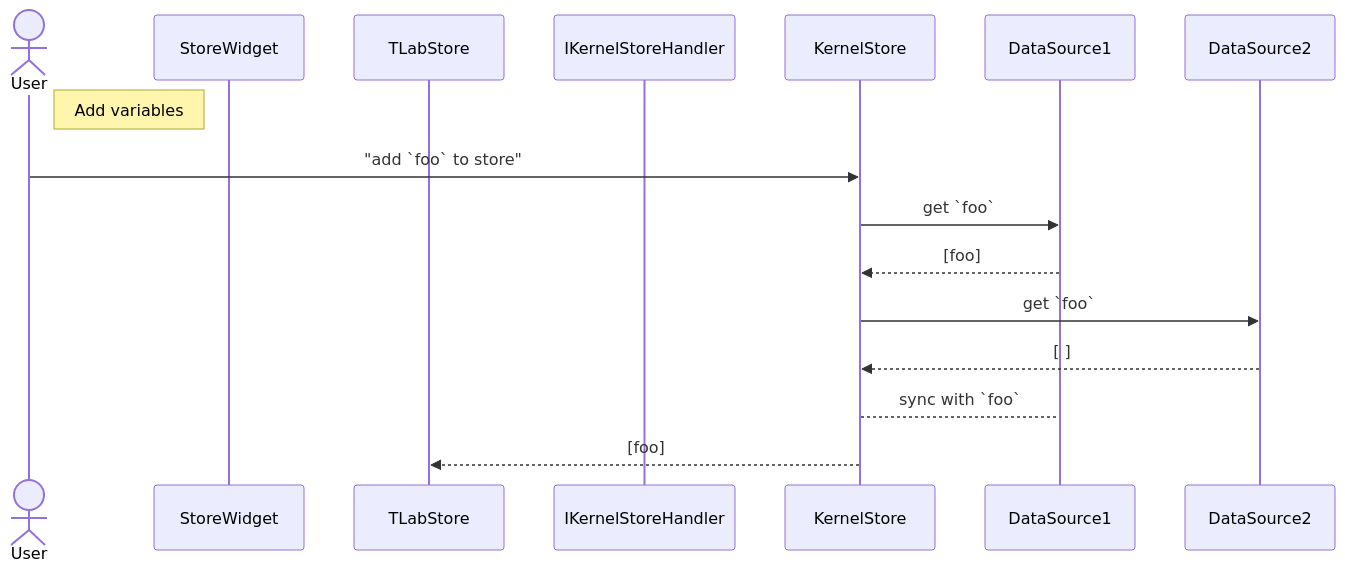
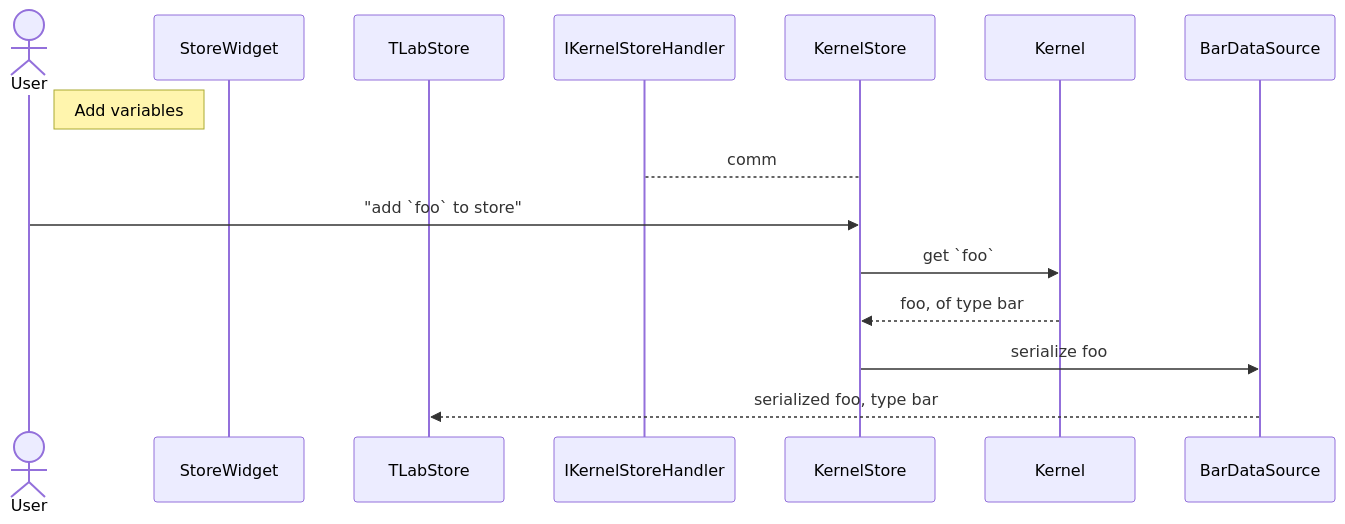
One commit to twiinIT/tlab changed the fifth of 7 diagrams in docs/architecture.md. Above: the diagram before and after it, drawn with Mermaid. The commit also changed other lines of this file, not shown here.

````diff
--- a/docs/architecture.md
+++ b/docs/architecture.md
@@ -122,18 +125,17 @@
 ```mermaid
 sequenceDiagram
     actor User
     participant StoreWidget
     participant TLabStore
     participant IKernelStoreHandler
     participant KernelStore
-    participant DataSource1
-    participant DataSource2
+    participant Kernel
+    participant BarDataSource
     note right of User : Add variables
+    IKernelStoreHandler --> KernelStore : comm
     User ->> KernelStore : "add `foo` to store"
-    KernelStore ->> DataSource1 : get `foo`
-    DataSource1 -->> KernelStore : [foo]
-    KernelStore ->> DataSource2 : get `foo`
-    DataSource2 -->> KernelStore : [ ]
-    KernelStore --> DataSource1 : sync with `foo`
-    KernelStore -->> TLabStore : [foo]
+    KernelStore ->> Kernel : get `foo`
+    Kernel -->> KernelStore : foo, of type bar
+    KernelStore ->> BarDataSource : serialize foo
+    BarDataSource -->> TLabStore : serialized foo, type bar
 ```
````
